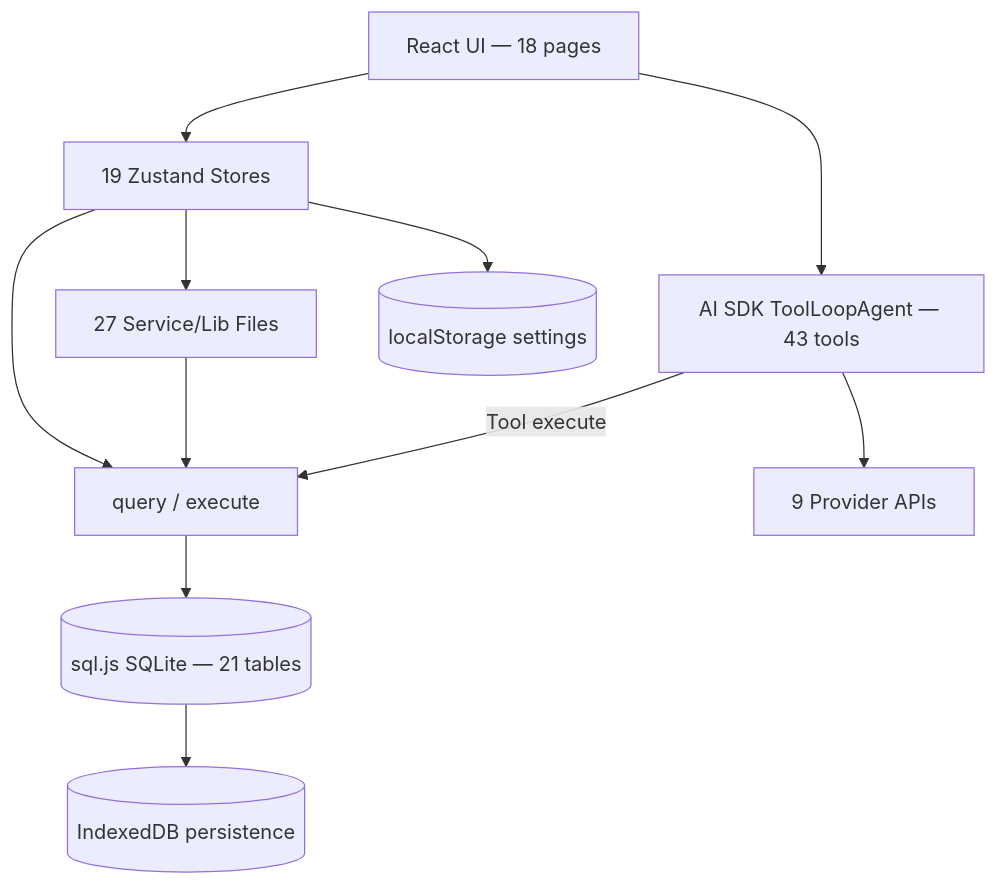
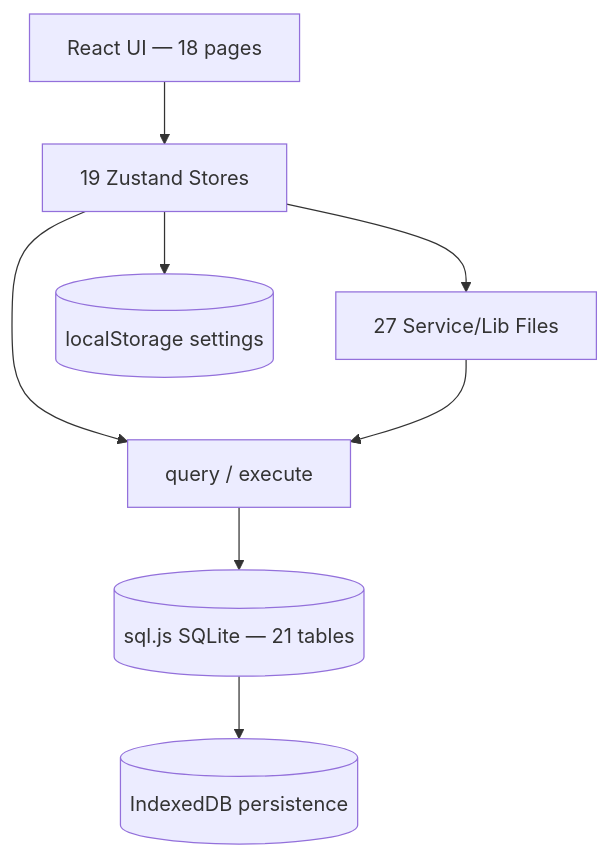
The diagram in docs/guides/ARCHITECTURE.md (g0dxn4/Shikin), drawn with Mermaid before and after one commit. The commit also changed other lines of this file and 82 other files, not shown here.

````diff
--- a/docs/guides/ARCHITECTURE.md
+++ b/docs/guides/ARCHITECTURE.md
@@ -20,13 +18,10 @@
 ```mermaid
 graph TB
     UI[React UI — 18 pages] --> ZS[19 Zustand Stores]
-    UI --> AI[AI SDK ToolLoopAgent — 43 tools]
     ZS --> DBAPI[query / execute]
-    AI -->|Tool execute| DBAPI
     ZS --> SVC[27 Service/Lib Files]
     SVC --> DBAPI
     DBAPI --> SQLJS[(sql.js SQLite — 21 tables)]
     SQLJS --> IDB[(IndexedDB persistence)]
     ZS --> LS[(localStorage settings)]
-    AI --> LLM[9 Provider APIs]
 ```
````
